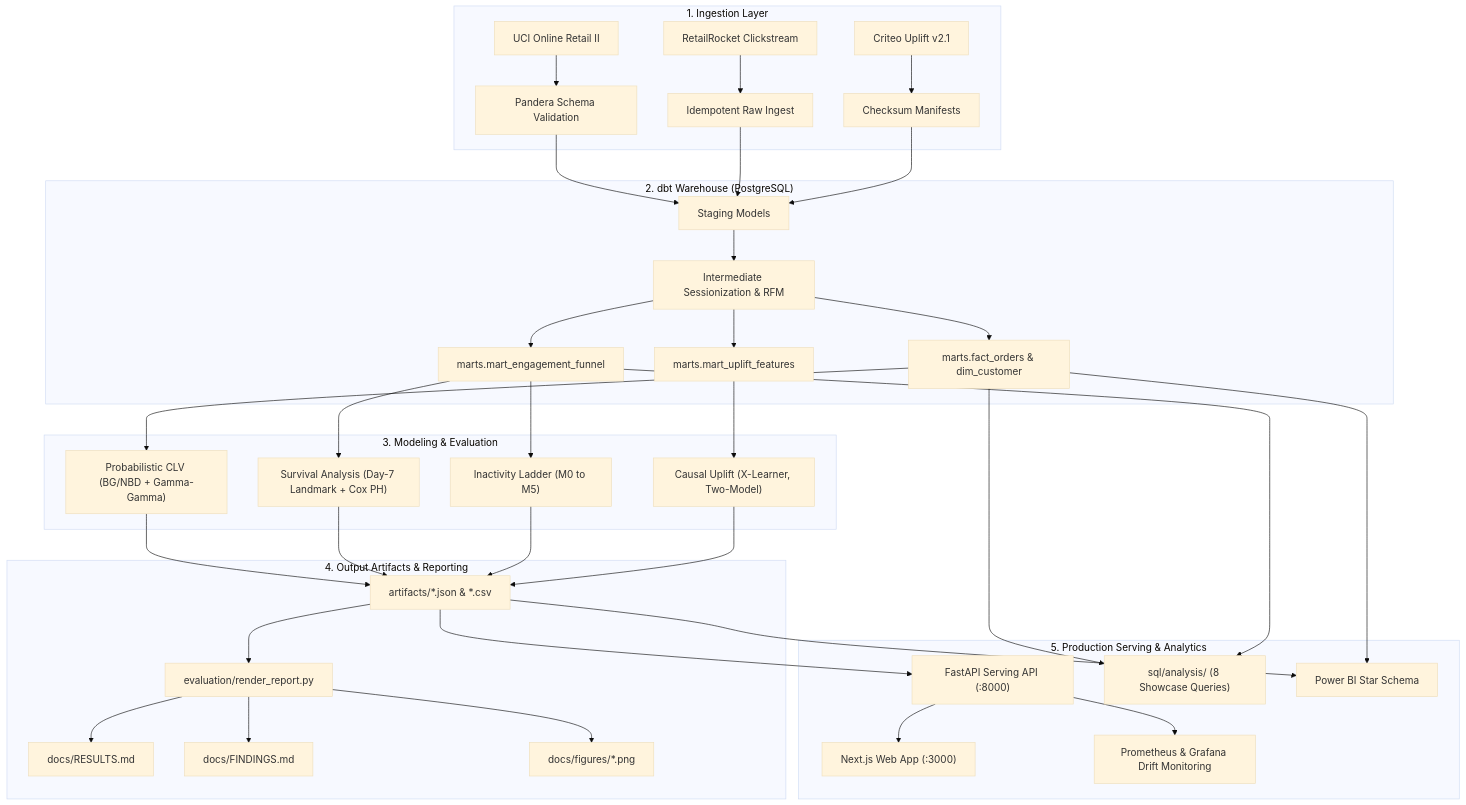
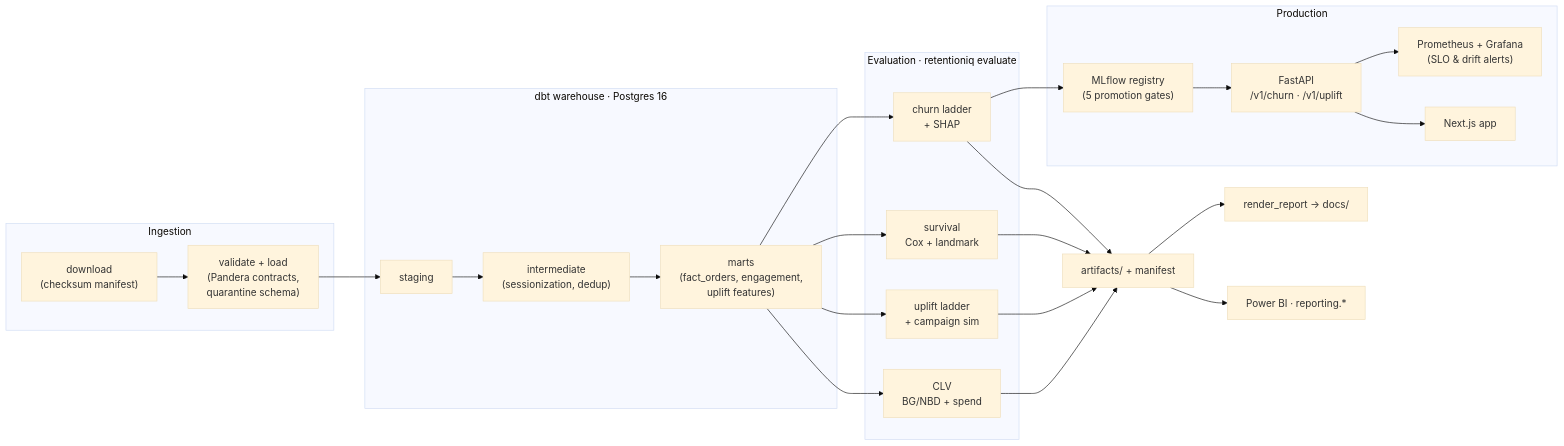
One commit to JCHETAN26/retentioniq changed the diagram in README.md. Above: the diagram before and after it, drawn with Mermaid (base theme). The commit also changed other lines of this file and 3 other files, not shown here.

First line of the commit message:
Rewrite README for DS and MLE readers; publish fixed CLV results

````diff
--- a/README.md
+++ b/README.md
@@ -74,39 +125,25 @@
 ```mermaid
-flowchart TD
-    subgraph Ingestion ["1. Ingestion Layer"]
-        R1["UCI Online Retail II"] --> L1["Pandera Schema Validation"]
-        R2["RetailRocket Clickstream"] --> L2["Idempotent Raw Ingest"]
-        R3["Criteo Uplift v2.1"] --> L3["Checksum Manifests"]
+flowchart LR
+    subgraph Ingest["Ingestion"]
+        D["download<br/>(checksum manifest)"] --> V["validate + load<br/>(Pandera contracts,<br/>quarantine schema)"]
     end
-
-    subgraph Warehouse ["2. dbt Warehouse (PostgreSQL)"]
-        L1 & L2 & L3 --> S["Staging Models"]
-        S --> I["Intermediate Sessionization & RFM"]
-        I --> M1["marts.fact_orders & dim_customer"]
-        I --> M2["marts.mart_engagement_funnel"]
-        I --> M3["marts.mart_uplift_features"]
+    subgraph WH["dbt warehouse · Postgres 16"]
+        STG["staging"] --> INT["intermediate<br/>(sessionization, dedup)"] --> MART["marts<br/>(fact_orders, engagement,<br/>uplift features)"]
     end
-
-    subgraph Modeling ["3. Modeling & Evaluation"]
-        M1 --> CLV["Probabilistic CLV (BG/NBD + Gamma-Gamma)"]
-        M2 --> SURV["Survival Analysis (Day-7 Landmark + Cox PH)"]
-        M2 --> CHURN["Inactivity Ladder (M0 to M5)"]
-        M3 --> UPLIFT["Causal Uplift (X-Learner, Two-Model)"]
+    subgraph ML["Evaluation · retentioniq evaluate"]
+        MART --> CHURN["churn ladder<br/>+ SHAP"]
+        MART --> SURV["survival<br/>Cox + landmark"]
+        MART --> UP["uplift ladder<br/>+ campaign sim"]
+        MART --> CLV["CLV<br/>BG/NBD + spend"]
     end
-
-    subgraph Artifacts ["4. Output Artifacts & Reporting"]
-        CLV & SURV & CHURN & UPLIFT --> ART["artifacts/*.json & *.csv"]
-        ART --> REP["evaluation/render_report.py"]
-        REP --> DOC1["docs/RESULTS.md"]
-        REP --> DOC2["docs/FINDINGS.md"]
-        REP --> FIGS["docs/figures/*.png"]
+    subgraph Ops["Production"]
+        REG["MLflow registry<br/>(5 promotion gates)"] --> API["FastAPI<br/>/v1/churn · /v1/uplift"]
+        API --> PROM["Prometheus + Grafana<br/>(SLO & drift alerts)"]
+        API --> WEB["Next.js app"]
     end
-
-    subgraph Serving ["5. Production Serving & Analytics"]
-        ART --> API["FastAPI Serving API (:8000)"]
-        API --> WEB["Next.js Web App (:3000)"]
-        M1 & M2 --> SQL["sql/analysis/ (8 Showcase Queries)"]
-        M1 & ART --> PBI["Power BI Star Schema"]
-        API --> PROM["Prometheus & Grafana Drift Monitoring"]
-    end
+    V --> STG
+    CHURN & SURV & UP & CLV --> ART["artifacts/ + manifest"]
+    ART --> REP["render_report → docs/"]
+    CHURN --> REG
+    ART --> PBI["Power BI · reporting.*"]
 ```
````
